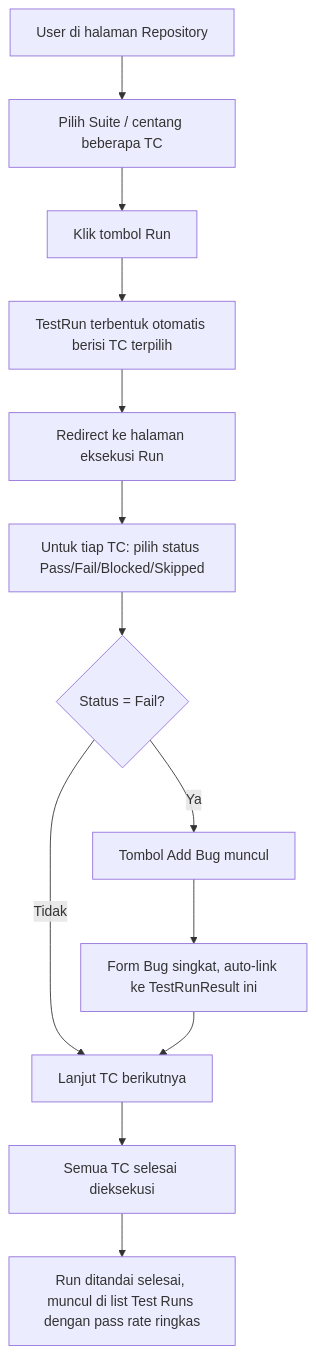
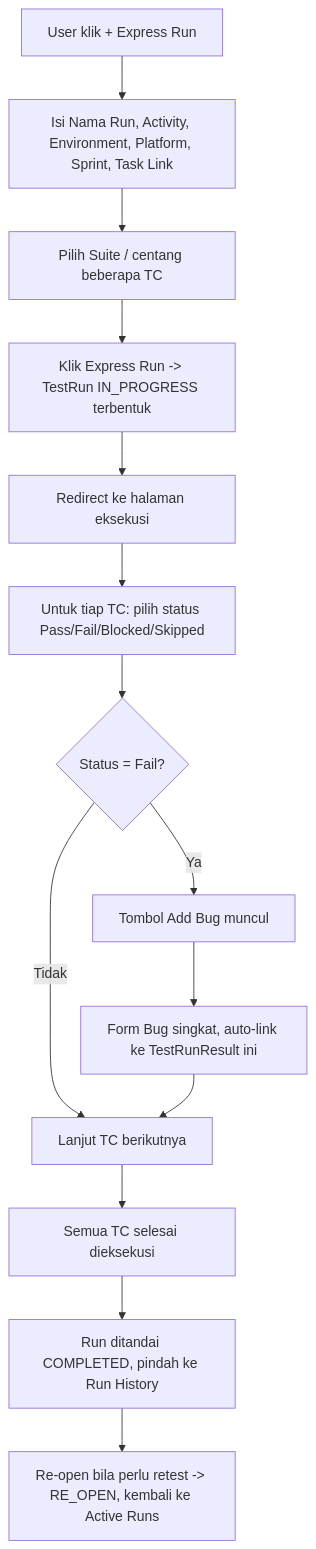
Before and after one commit to nafihermawan/soul-testcase-management: the first of 2 diagrams in docs/PRD-QA-TCM-Tool.md, drawn with Mermaid. The commit also changed other lines of this file, not shown here.

````diff
--- a/docs/PRD-QA-TCM-Tool.md
+++ b/docs/PRD-QA-TCM-Tool.md
@@ -441,15 +373,16 @@
 ```mermaid
 flowchart TD
-    A[User di halaman Repository] --> B[Pilih Suite / centang beberapa TC]
-    B --> C[Klik tombol Run]
-    C --> D[TestRun terbentuk otomatis berisi TC terpilih]
-    D --> E[Redirect ke halaman eksekusi Run]
+    A[User klik + Express Run] --> B[Isi Nama Run, Activity, Environment, Platform, Sprint, Task Link]
+    B --> C[Pilih Suite / centang beberapa TC]
+    C --> D[Klik Express Run -> TestRun IN_PROGRESS terbentuk]
+    D --> E[Redirect ke halaman eksekusi]
     E --> F[Untuk tiap TC: pilih status Pass/Fail/Blocked/Skipped]
     F --> G{Status = Fail?}
-    G -- Ya --> H[Tombol Add Bug muncul]
-    G -- Tidak --> I[Lanjut TC berikutnya]
-    H --> J[Form Bug singkat, auto-link ke TestRunResult ini]
-    J --> I
-    I --> K[Semua TC selesai dieksekusi]
-    K --> L[Run ditandai selesai, muncul di list Test Runs dengan pass rate ringkas]
+    G -- Ya --> I[Tombol Add Bug muncul]
+    G -- Tidak --> J[Lanjut TC berikutnya]
+    I --> K[Form Bug singkat, auto-link ke TestRunResult ini]
+    K --> J
+    J --> L[Semua TC selesai dieksekusi]
+    L --> M[Run ditandai COMPLETED, pindah ke Run History]
+    M --> N[Re-open bila perlu retest -> RE_OPEN, kembali ke Active Runs]
 ```
````
